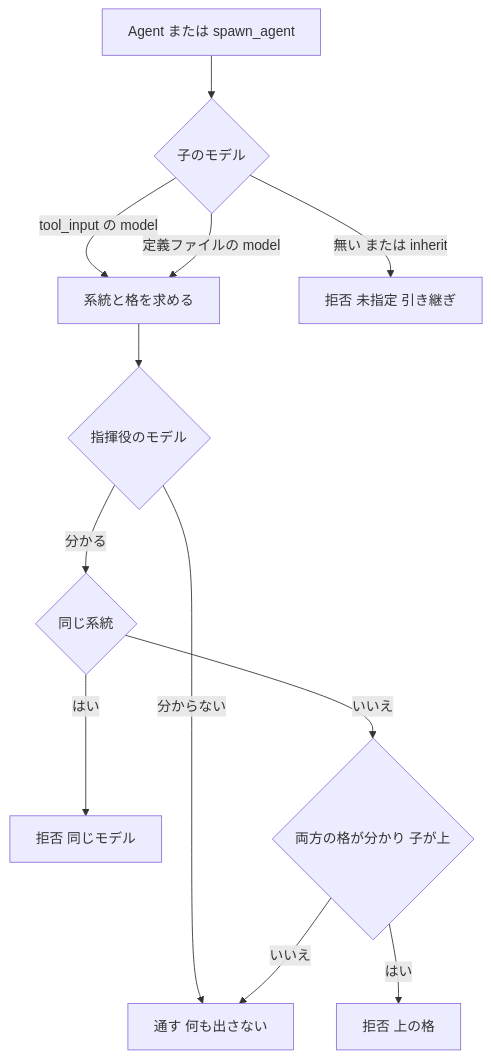
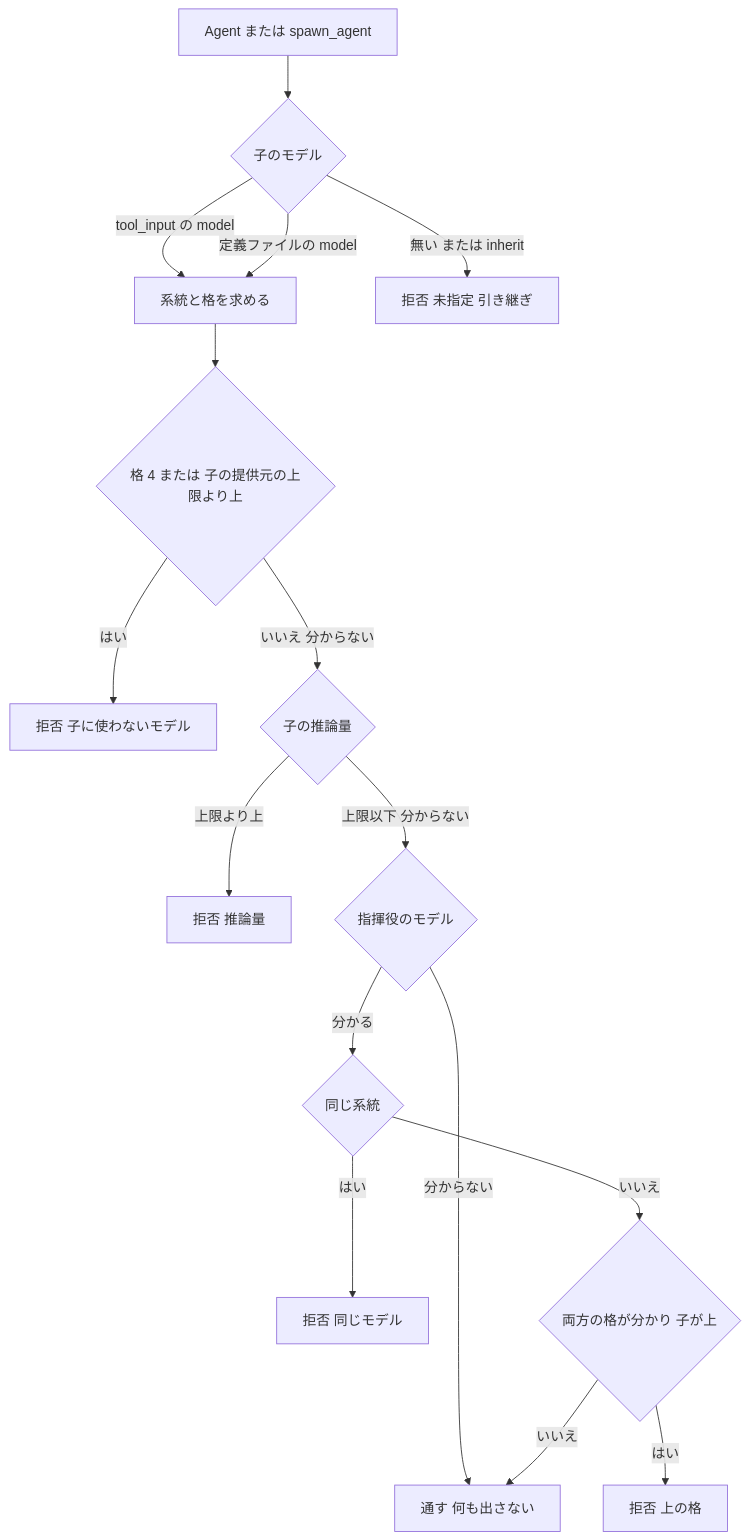
The third of 4 diagrams in .kiro/specs/subagent-delegation/design.md (nekono-dev/cc-sdd-bootstrap), drawn with Mermaid before and after one commit. The commit also changed other lines of this file and 2 other files, not shown here.

````diff
--- a/.kiro/specs/subagent-delegation/design.md
+++ b/.kiro/specs/subagent-delegation/design.md
@@ -100,14 +150,18 @@
 ```mermaid
 flowchart TB
     Start[Agent または spawn_agent] --> Child{子のモデル}
     Child -->|tool_input の model| Norm[系統と格を求める]
     Child -->|定義ファイルの model| Norm
     Child -->|無い または inherit| Deny1[拒否 未指定 引き継ぎ]
-    Norm --> Parent{指揮役のモデル}
+    Norm --> Usable{格 4 または 子の提供元の上限より上}
+    Usable -->|はい| Deny4[拒否 子に使わないモデル]
+    Usable -->|いいえ 分からない| Effort{子の推論量}
+    Effort -->|上限より上| Deny5[拒否 推論量]
+    Effort -->|上限以下 分からない| Parent{指揮役のモデル}
     Parent -->|分からない| Pass[通す 何も出さない]
     Parent -->|分かる| Same{同じ系統}
     Same -->|はい| Deny2[拒否 同じモデル]
     Same -->|いいえ| Tier{両方の格が分かり 子が上}
     Tier -->|はい| Deny3[拒否 上の格]
     Tier -->|いいえ| Pass
 ```
````
